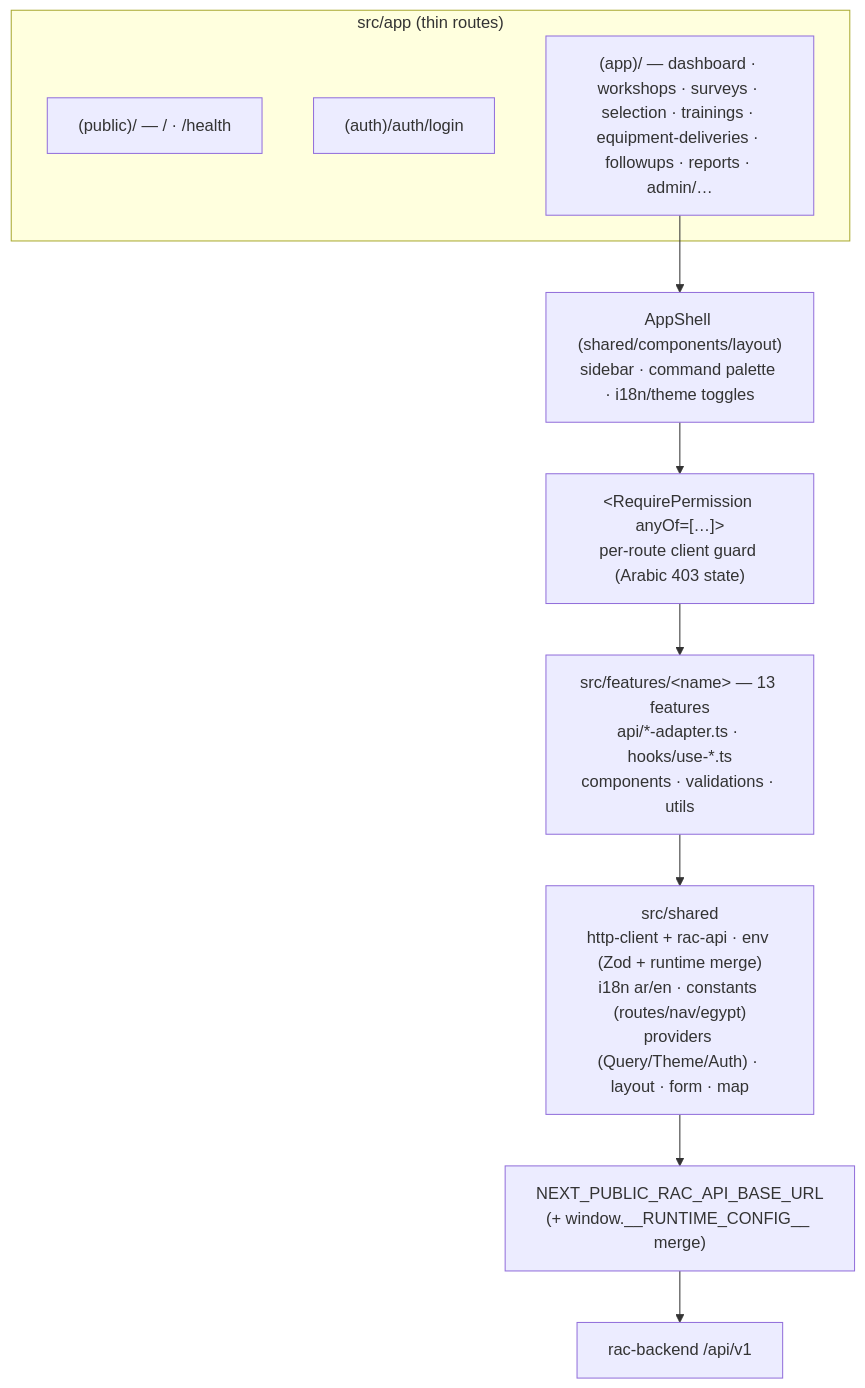
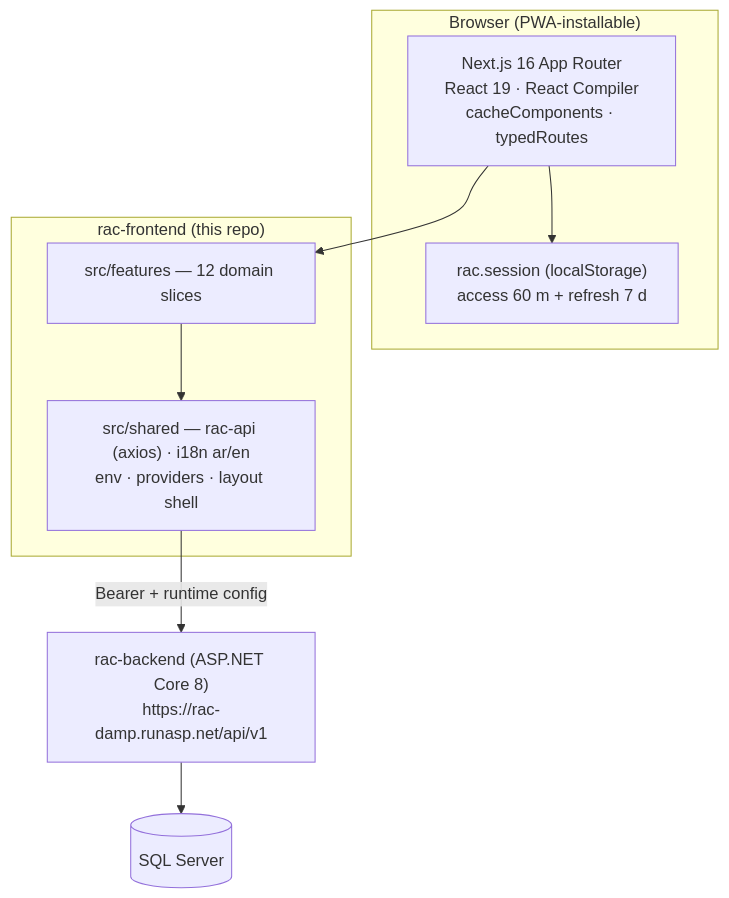
One commit to Zahrannnn/rac-frontend changed the first of 4 diagrams in README.md. Above: the diagram before and after it, drawn with Mermaid. The commit also changed other lines of this file, not shown here.

First line of the commit message:
docs: professional README remake — diagrams, auth lifecycle, role surfaces, real CI/CD

````diff
--- a/README.md
+++ b/README.md
@@ -28,14 +61,16 @@
 ```mermaid
 flowchart TD
-    subgraph AppRouter["src/app (thin routes)"]
-        PUB["(public)/ — / · /health"]
-        AUTH["(auth)/auth/login"]
-        PROT["(app)/ — dashboard · workshops · surveys · selection · trainings · equipment-deliveries · followups · reports · admin/…"]
+    subgraph Browser["Browser (PWA-installable)"]
+        UI["Next.js 16 App Router<br/>React 19 · React Compiler<br/>cacheComponents · typedRoutes"]
+        SESS["rac.session (localStorage)<br/>access 60 m + refresh 7 d"]
+        UI --> SESS
     end
-    PROT --> SHELL["AppShell (shared/components/layout)<br/>sidebar · command palette · i18n/theme toggles"]
-    SHELL --> RP["&lt;RequirePermission anyOf=[…]&gt;<br/>per-route client guard (Arabic 403 state)"]
-    RP --> FEAT["src/features/&lt;name&gt; — 13 features<br/>api/*-adapter.ts · hooks/use-*.ts<br/>components · validations · utils"]
-    FEAT --> SHARED["src/shared<br/>http-client + rac-api · env (Zod + runtime merge)<br/>i18n ar/en · constants (routes/nav/egypt)<br/>providers (Query/Theme/Auth) · layout · form · map"]
-    SHARED --> ENV["NEXT_PUBLIC_RAC_API_BASE_URL<br/>(+ window.__RUNTIME_CONFIG__ merge)"]
-    ENV --> API["rac-backend /api/v1"]
+    subgraph FE["rac-frontend (this repo)"]
+        FEAT["src/features — 12 domain slices"]
+        SHARED["src/shared — rac-api (axios) · i18n ar/en<br/>env · providers · layout shell"]
+        FEAT --> SHARED
+    end
+    UI --> FEAT
+    SHARED -- "Bearer + runtime config" --> API["rac-backend (ASP.NET Core 8)<br/>https://rac-damp.runasp.net/api/v1"]
+    API --> DB[("SQL Server")]
 ```
````
